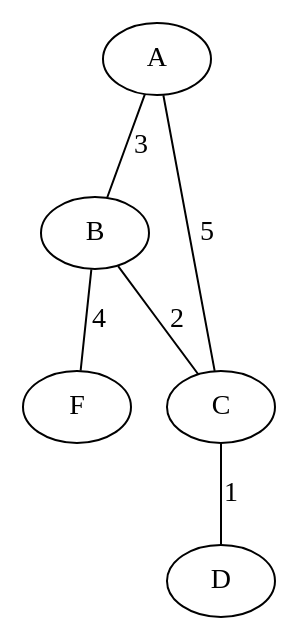
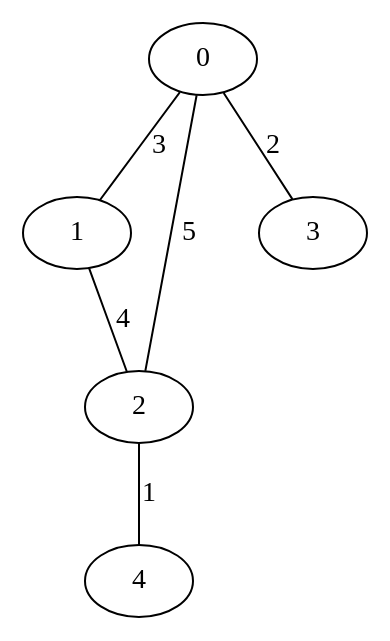
Before and after one commit to anemon-a/graph-algorithms: the diagram in src/graph.dot, drawn with Graphviz. The commit also changed 6 other files, not shown here.

```diff
--- a/src/graph.dot
+++ b/src/graph.dot
@@ -1,7 +1,7 @@
-graph {
-    A -- B [label="3"];
-    A -- C [label="5"];
-    B -- C [label="2"];
-    B -- F [label="4"];
-    C -- D [label="1"];
+graph G {
+    0 -- 1 [label="3"];
+    0 -- 2 [label="5"];
+    0 -- 3 [label="2"];
+    1 -- 2 [label="4"];
+    2 -- 4 [label="1"];
 }
```
